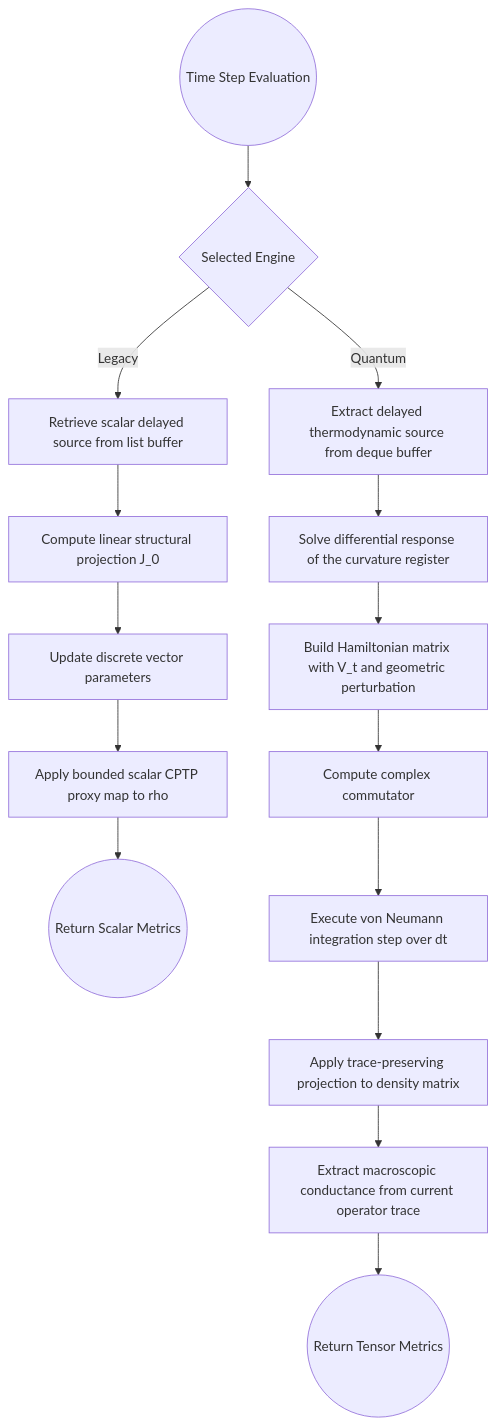
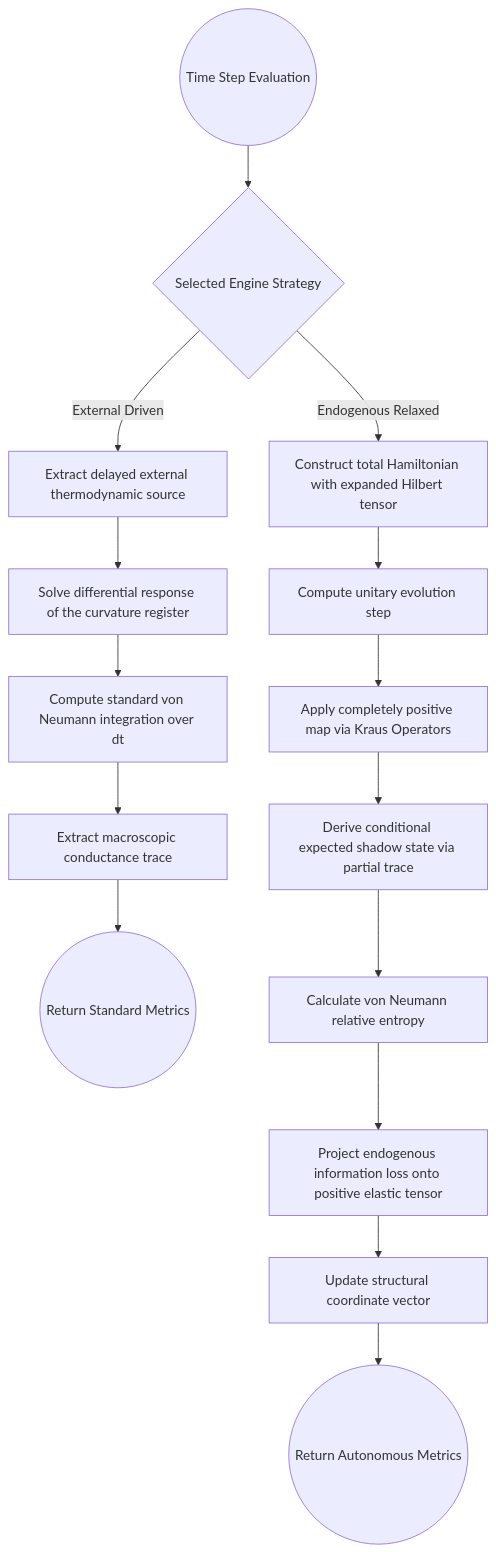
One commit to QC-UPM/OgTRQC changed the second of 3 diagrams in README.md. Above: the diagram before and after it, drawn with Mermaid. The commit also changed other lines of this file and 69 other files, not shown here.

````diff
--- a/README.md
+++ b/README.md
@@ -122,19 +127,19 @@
 ```mermaid
 graph TD
-    Start((Time Step Evaluation)) --> Fork{Selected Engine}
+    Start((Time Step Evaluation)) --> Fork{Selected Engine Strategy}
     
-    Fork -->|Legacy| L1[Retrieve scalar delayed source from list buffer]
-    L1 --> L2[Compute linear structural projection J_0]
-    L2 --> L3[Update discrete vector parameters]
-    L3 --> L4[Apply bounded scalar CPTP proxy map to rho]
-    L4 --> EndLegacy((Return Scalar Metrics))
+    Fork -->|External Driven| Ext1[Extract delayed external thermodynamic source]
+    Ext1 --> Ext2[Solve differential response of the curvature register]
+    Ext2 --> Ext3[Compute standard von Neumann integration over dt]
+    Ext3 --> Ext4[Extract macroscopic conductance trace]
+    Ext4 --> EndExternal((Return Standard Metrics))
     
-    Fork -->|Quantum| Q1[Extract delayed thermodynamic source from deque buffer]
-    Q1 --> Q2[Solve differential response of the curvature register]
-    Q2 --> Q3[Build Hamiltonian matrix with V_t and geometric perturbation]
-    Q3 --> Q4[Compute complex commutator]
-    Q4 --> Q5[Execute von Neumann integration step over dt]
-    Q5 --> Q6[Apply trace-preserving projection to density matrix]
-    Q6 --> Q7[Extract macroscopic conductance from current operator trace]
-    Q7 --> EndQuantum((Return Tensor Metrics))
+    Fork -->|Endogenous Relaxed| End1[Construct total Hamiltonian with expanded Hilbert tensor]
+    End1 --> End2[Compute unitary evolution step]
+    End2 --> End3[Apply completely positive map via Kraus Operators]
+    End3 --> End4[Derive conditional expected shadow state via partial trace]
+    End4 --> End5[Calculate von Neumann relative entropy]
+    End5 --> End6[Project endogenous information loss onto positive elastic tensor]
+    End6 --> End7[Update structural coordinate vector]
+    End7 --> EndRelaxed((Return Autonomous Metrics))
 ```
````
